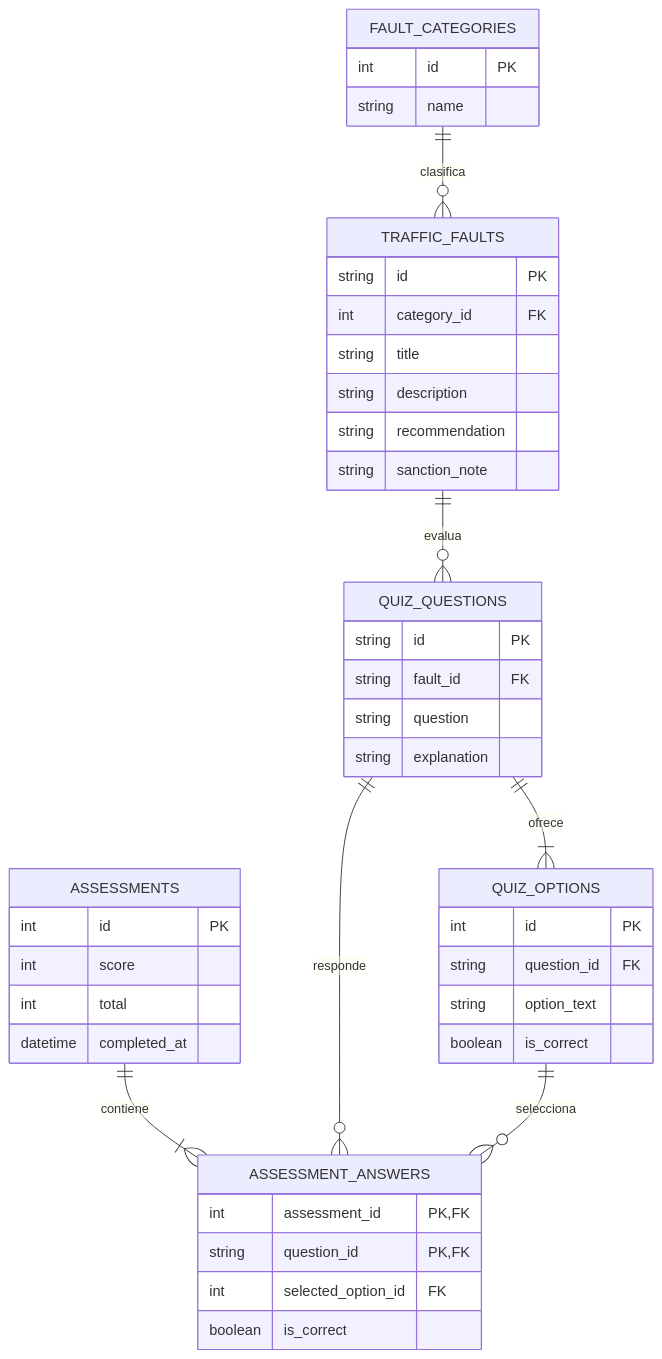
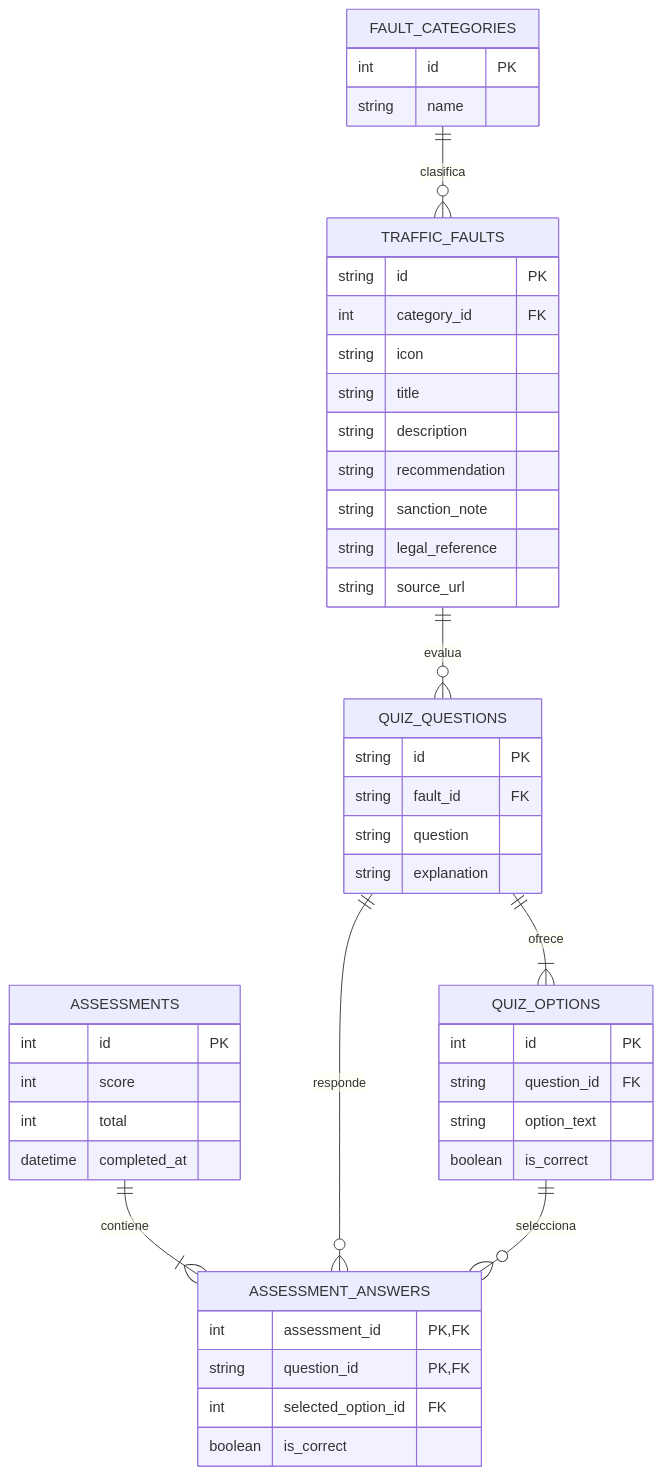
The second of 2 diagrams in README.md (jujr091102mmcnrba7-boop/Cecyto_vial), drawn with Mermaid before and after one commit. The commit also changed other lines of this file and 8 other files, not shown here.

````diff
--- a/README.md
+++ b/README.md
@@ -70,45 +71,48 @@
 ```mermaid
 erDiagram
     FAULT_CATEGORIES ||--o{ TRAFFIC_FAULTS : clasifica
     TRAFFIC_FAULTS ||--o{ QUIZ_QUESTIONS : evalua
     QUIZ_QUESTIONS ||--|{ QUIZ_OPTIONS : ofrece
     ASSESSMENTS ||--|{ ASSESSMENT_ANSWERS : contiene
     QUIZ_QUESTIONS ||--o{ ASSESSMENT_ANSWERS : responde
     QUIZ_OPTIONS ||--o{ ASSESSMENT_ANSWERS : selecciona
     FAULT_CATEGORIES {
         int id PK
         string name
     }
     TRAFFIC_FAULTS {
         string id PK
         int category_id FK
+        string icon
         string title
         string description
         string recommendation
         string sanction_note
+        string legal_reference
+        string source_url
     }
     QUIZ_QUESTIONS {
         string id PK
         string fault_id FK
         string question
         string explanation
     }
     QUIZ_OPTIONS {
         int id PK
         string question_id FK
         string option_text
         boolean is_correct
     }
     ASSESSMENTS {
         int id PK
         int score
         int total
         datetime completed_at
     }
     ASSESSMENT_ANSWERS {
         int assessment_id PK, FK
         string question_id PK, FK
         int selected_option_id FK
         boolean is_correct
     }
 ```
````
